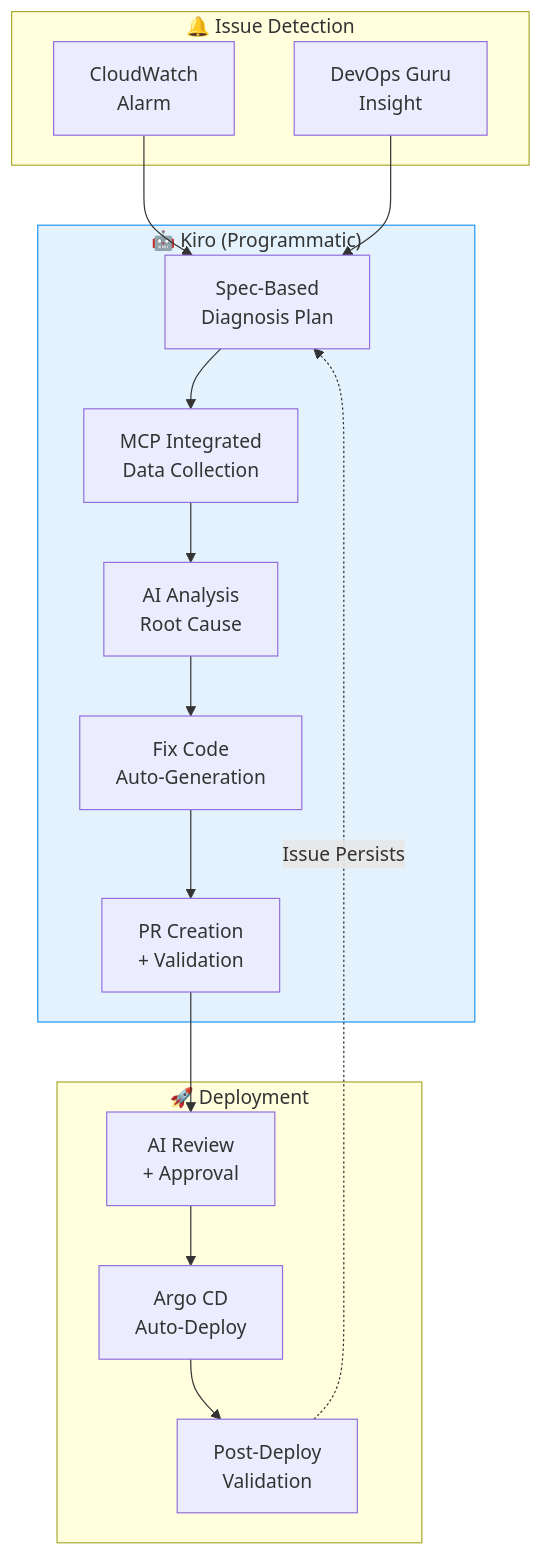
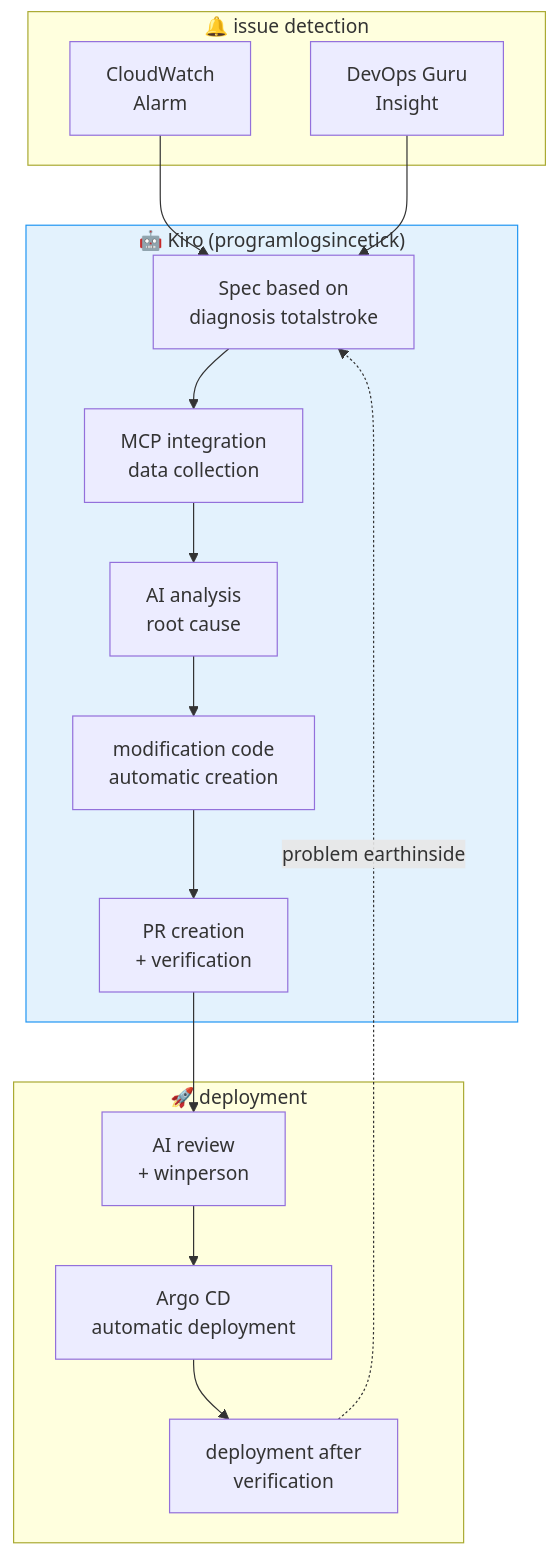
The tenth of 13 diagrams in i18n/en/docusaurus-plugin-content-docs/current/aiops-aidlc/aiops-predictive-operations.md (devfloor9/engineering-playbook), drawn with Mermaid before and after one commit. The commit also changed other lines of this file and 43 other files, not shown here.

````diff
--- a/i18n/en/docusaurus-plugin-content-docs/current/aiops-aidlc/aiops-predictive-operations.md
+++ b/i18n/en/docusaurus-plugin-content-docs/current/aiops-aidlc/aiops-predictive-operations.md
@@ -606,29 +2677,29 @@
 ```mermaid
 graph TD
-    subgraph Trigger2["🔔 Issue Detection"]
-        ALERT["CloudWatch<br/>Alarm"]
-        GURU["DevOps Guru<br/>Insight"]
-    end
+subgraph Trigger2["🔔 issue detection"]
+ALERT["CloudWatch<br/>Alarm"]
+GURU["DevOps Guru<br/>Insight"]
+end
 
-    subgraph Kiro2["🤖 Kiro (Programmatic)"]
-        SPEC["Spec-Based<br/>Diagnosis Plan"]
-        MCP_Q["MCP Integrated<br/>Data Collection"]
-        ANALYZE2["AI Analysis<br/>Root Cause"]
-        FIX["Fix Code<br/>Auto-Generation"]
-        PR["PR Creation<br/>+ Validation"]
-    end
+subgraph Kiro2["🤖 Kiro (programlogsincetick)"]
+SPEC["Spec based on<br/>diagnosis totalstroke"]
+MCP_Q["MCP integration<br/>data collection"]
+ANALYZE2["AI analysis<br/>root cause"]
+FIX["modification code<br/>automatic creation"]
+PR["PR creation<br/>+ verification"]
+end
 
-    subgraph Deploy2["🚀 Deployment"]
-        REVIEW["AI Review<br/>+ Approval"]
-        ARGO2["Argo CD<br/>Auto-Deploy"]
-        VERIFY["Post-Deploy<br/>Validation"]
-    end
+subgraph Deploy2["🚀 deployment"]
+REVIEW["AI review<br/>+ winperson"]
+ARGO2["Argo CD<br/>automatic deployment"]
+VERIFY["deployment after<br/>verification"]
+end
 
-    ALERT --> SPEC
-    GURU --> SPEC
-    SPEC --> MCP_Q --> ANALYZE2 --> FIX --> PR
-    PR --> REVIEW --> ARGO2 --> VERIFY
-    VERIFY -.->|Issue Persists| SPEC
+ALERT --> SPEC
+GURU --> SPEC
+SPEC --> MCP_Q --> ANALYZE2 --> FIX --> PR
+PR --> REVIEW --> ARGO2 --> VERIFY
+VERIFY -.->|problem earthinside| SPEC
 
-    style Kiro2 fill:#e3f2fd,stroke:#2196f3
+style Kiro2 fill:#e3f2fd,stroke:#2196f3
 ```
````
